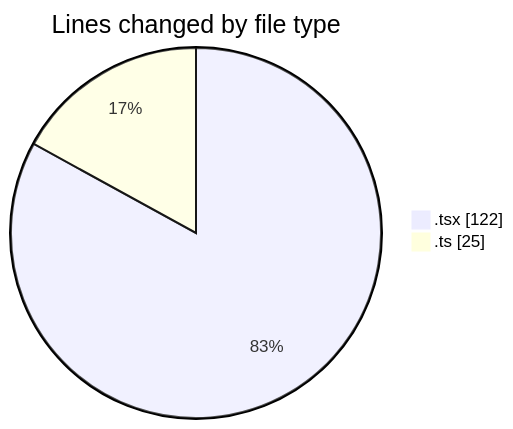
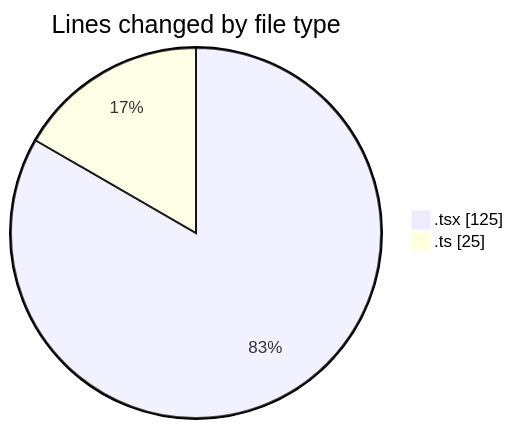
The first of 2 diagrams in 2025-03-19/peregrino-web/README.md (robertbonfada/code-tracking), drawn with Mermaid before and after one commit. The commit also changed other lines of this file and 1 other file, not shown here.

````diff
--- a/2025-03-19/peregrino-web/README.md
+++ b/2025-03-19/peregrino-web/README.md
@@ -23,6 +23,6 @@
 ```mermaid
 pie showData
 title Lines changed by file type
-".tsx" : 122
+".tsx" : 125
 ".ts" : 25
 ```
````
